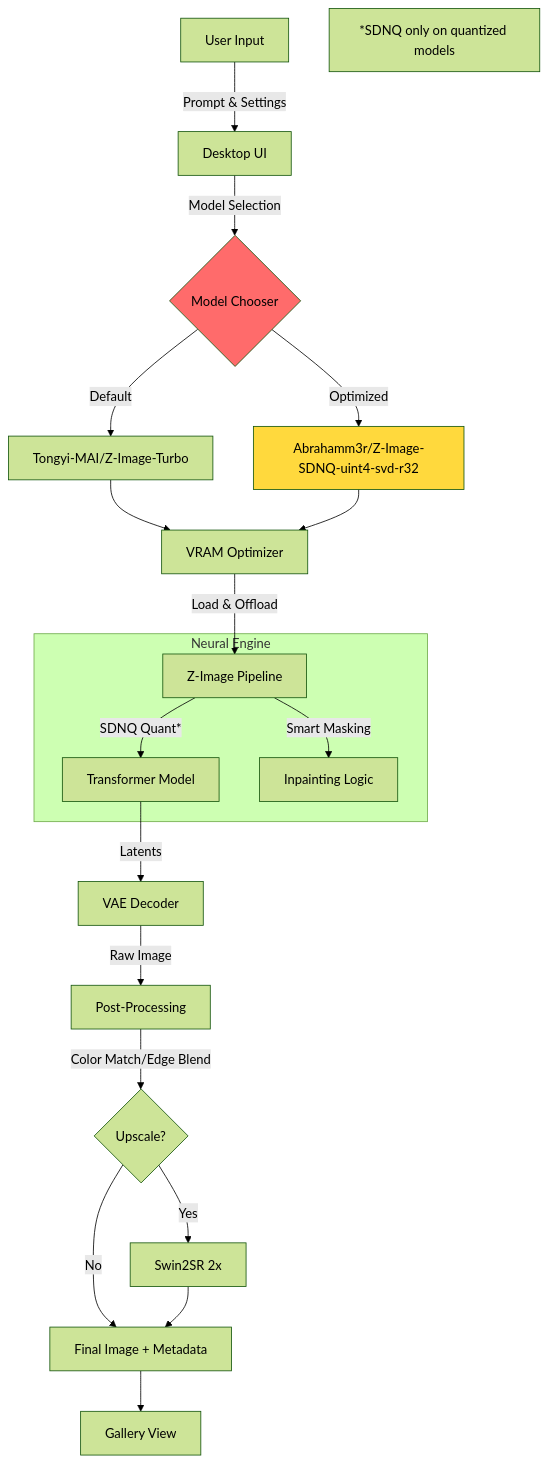
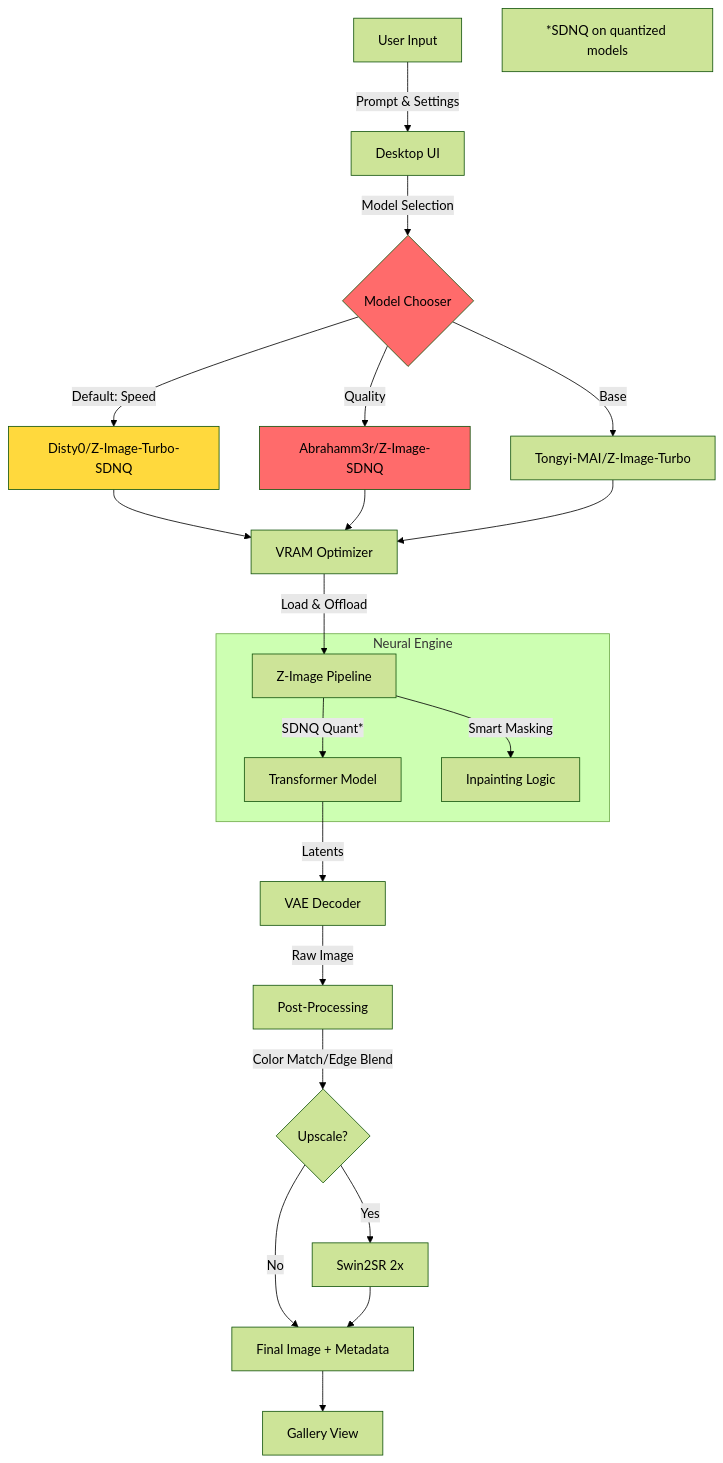
Before and after one commit to abrahamjroy/ProcessedElectricSheepDreams: the diagram in README.md, drawn with Mermaid (forest theme). The commit also changed other lines of this file and 2 other files, not shown here.

First line of the commit message:
fix: Correct model defaults and descriptions

````diff
--- a/README.md
+++ b/README.md
@@ -18,33 +19,36 @@
 ```mermaid
 graph TD
     User[User Input] -->|Prompt & Settings| App[Desktop UI]
     App -->|Model Selection| Chooser{Model Chooser}
     
-    Chooser -->|Default| Model1[Tongyi-MAI/Z-Image-Turbo]
-    Chooser -->|Optimized| Model2[Abrahamm3r/Z-Image-SDNQ-uint4-svd-r32]
+    Chooser -->|Default: Speed| Model1[Disty0/Z-Image-Turbo-SDNQ]
+    Chooser -->|Quality| Model2[Abrahamm3r/Z-Image-SDNQ]
+    Chooser -->|Base| Model3[Tongyi-MAI/Z-Image-Turbo]
     
     Model1 --> VN[VRAM Optimizer]
     Model2 --> VN
+    Model3 --> VN
     
     VN -->|Load & Offload| Pipeline[Z-Image Pipeline]
     
     subgraph "Neural Engine"
         Pipeline -->|SDNQ Quant*| Transformer[Transformer Model]
         Pipeline -->|Smart Masking| Inpaint[Inpainting Logic]
     end
     
     Transformer -->|Latents| VAE[VAE Decoder]
     VAE -->|Raw Image| Post[Post-Processing]
     Post -->|Color Match/Edge Blend| Upscaler{Upscale?}
     
     Upscaler -->|Yes| SR[Swin2SR 2x]
     Upscaler -->|No| Output
     SR --> Output[Final Image + Metadata]
     
     Output --> Gallery[Gallery View]
     
     style Chooser fill:#ff6b6b
-    style Model2 fill:#ffd93d
+    style Model1 fill:#ffd93d
+    style Model2 fill:#ff6b6b
     
-    Note1[*SDNQ only on quantized models]
+    Note1[*SDNQ on quantized models]
 ```
````
